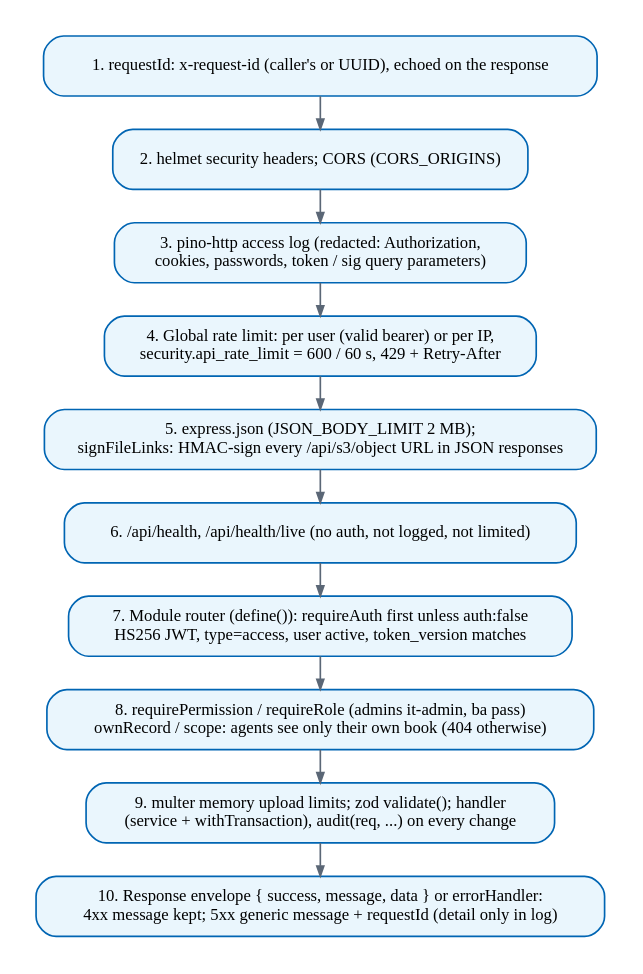
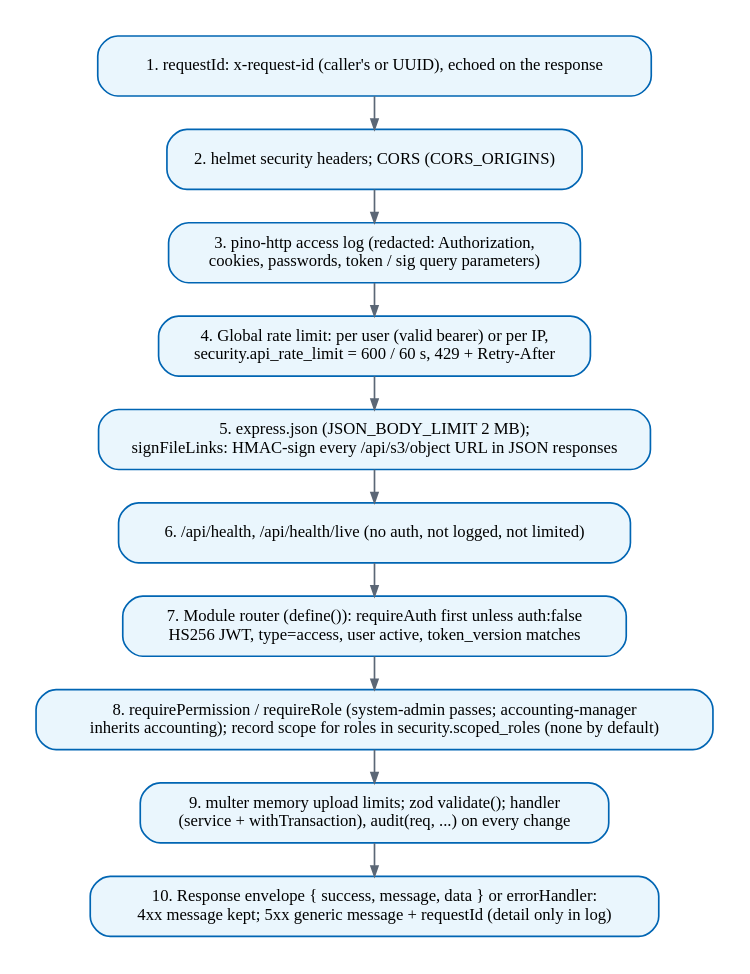
Before and after one commit to IortaTexhNXT-DEV/BDOI-OOTB: the diagram in docs/architecture/diagrams/d01_request_pipeline.dot, drawn with Graphviz. The commit also changed 33 other files, not shown here.

First line of the commit message:
Architecture diagrams: current modules, broker roles and the deployment on the BrokerVerse URL

```diff
--- a/docs/architecture/diagrams/d01_request_pipeline.dot
+++ b/docs/architecture/diagrams/d01_request_pipeline.dot
@@ -1,17 +1,17 @@
 // Request pipeline of the API (src/app.js, src/lib/registry.js, src/lib/auth.js, src/lib/scope.js)
 digraph G {
   graph [rankdir=TB, fontname="Nunito", fontsize=11, nodesep=0.25, ranksep=0.28, pad=0.2];
   node  [shape=box, style="rounded,filled", fillcolor="#EAF6FD", color="#0065B3", fontname="Nunito", fontsize=10, width=3.2];
   edge  [color="#5B6776", fontname="Nunito", fontsize=9, arrowsize=0.6];
   a [label="1. requestId: x-request-id (caller's or UUID), echoed on the response"];
   b [label="2. helmet security headers; CORS (CORS_ORIGINS)"];
   c [label="3. pino-http access log (redacted: Authorization,\ncookies, passwords, token / sig query parameters)"];
   d [label="4. Global rate limit: per user (valid bearer) or per IP,\nsecurity.api_rate_limit = 600 / 60 s, 429 + Retry-After"];
   e [label="5. express.json (JSON_BODY_LIMIT 2 MB);\nsignFileLinks: HMAC-sign every /api/s3/object URL in JSON responses"];
   f [label="6. /api/health, /api/health/live (no auth, not logged, not limited)"];
   g [label="7. Module router (define()): requireAuth first unless auth:false\nHS256 JWT, type=access, user active, token_version matches"];
-  h [label="8. requirePermission / requireRole (admins it-admin, ba pass)\nownRecord / scope: agents see only their own book (404 otherwise)"];
+  h [label="8. requirePermission / requireRole (system-admin passes; accounting-manager\ninherits accounting); record scope for roles in security.scoped_roles (none by default)"];
   i [label="9. multer memory upload limits; zod validate(); handler\n(service + withTransaction), audit(req, ...) on every change"];
   j [label="10. Response envelope { success, message, data } or errorHandler:\n4xx message kept; 5xx generic message + requestId (detail only in log)"];
   a -> b -> c -> d -> e -> f -> g -> h -> i -> j;
 }
```
